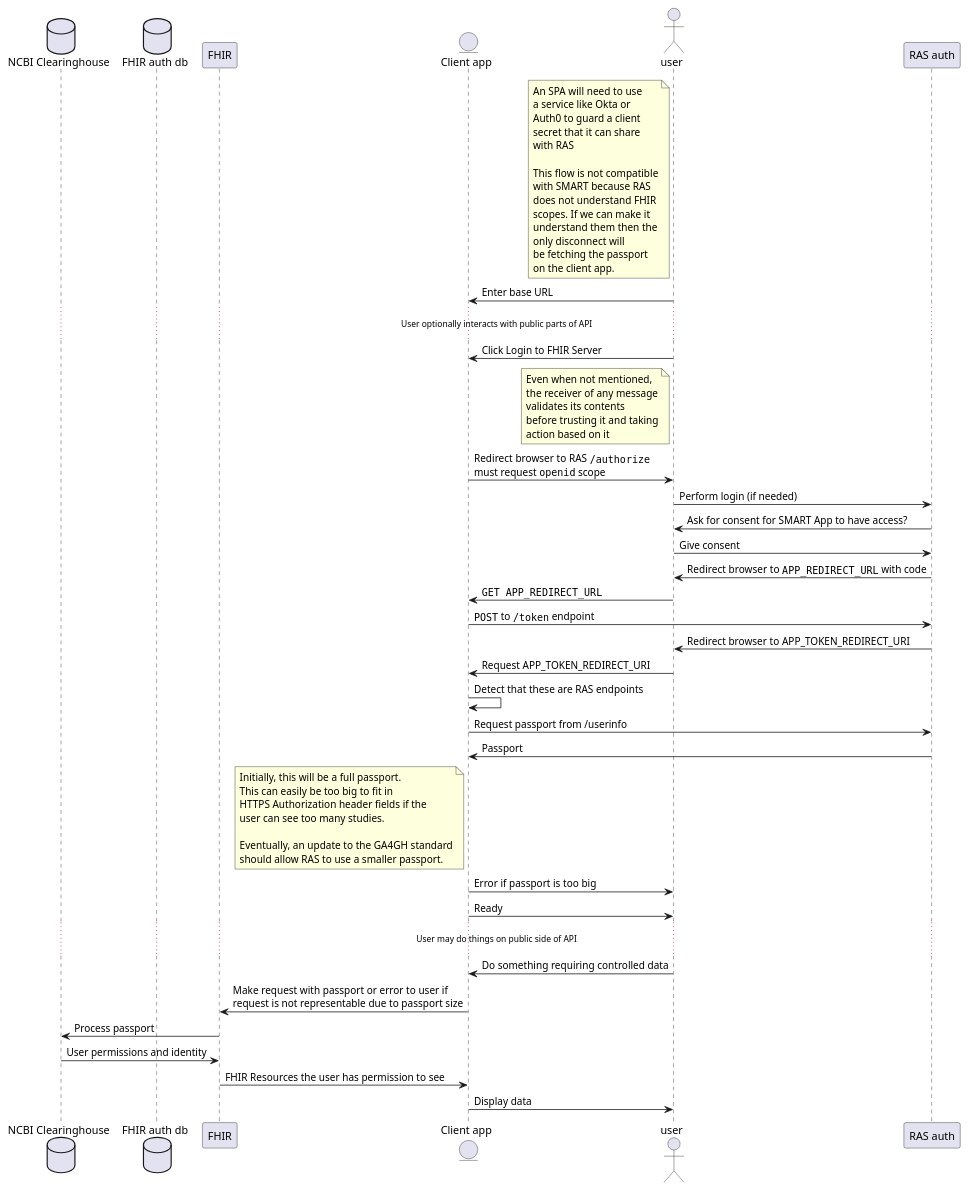
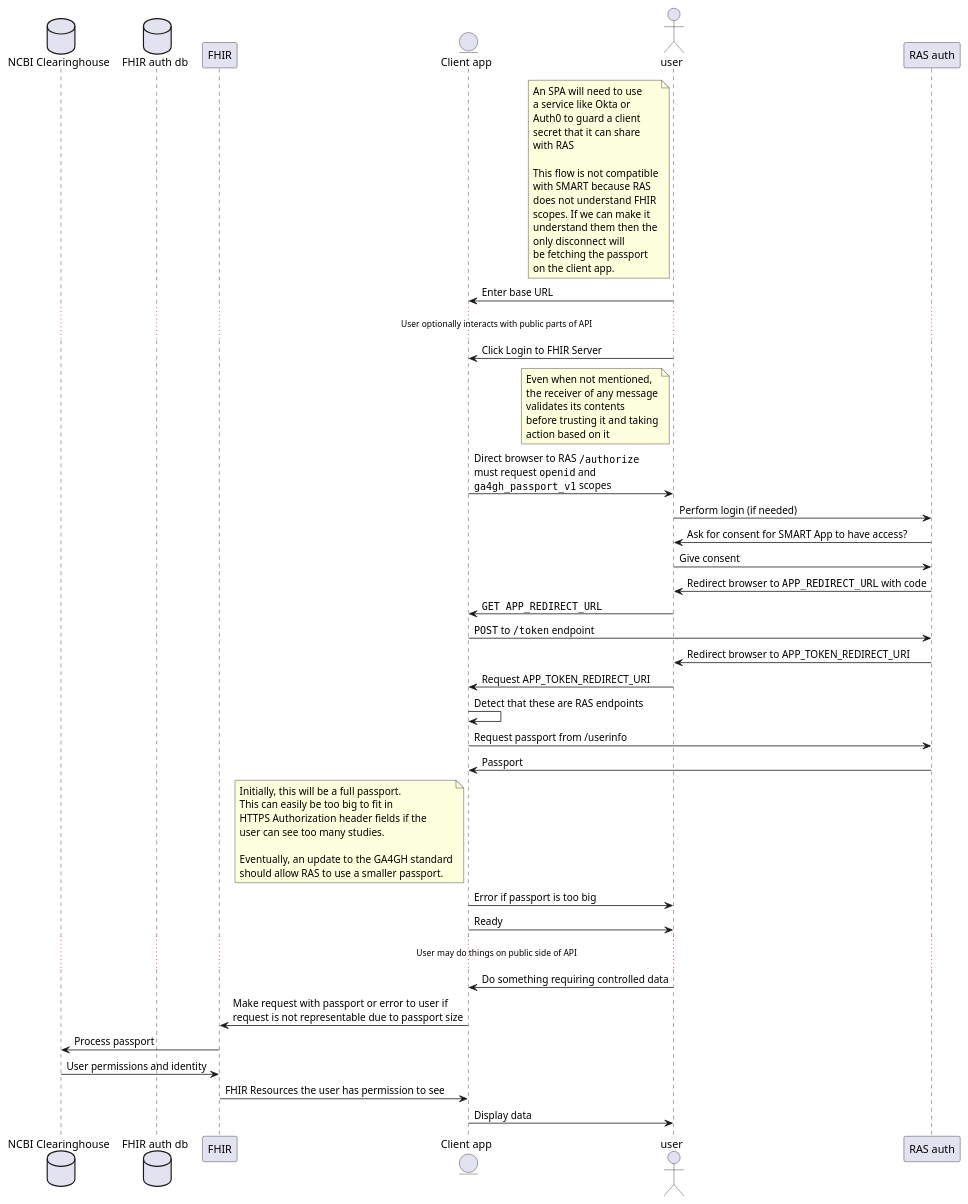
Before and after one commit to RadixSeven/RAS-FHIR-Flow: the diagram in uml/authentication_flow.plantuml, drawn with PlantUML.

Commit message:
Mention requirement for ga4gh_passport_v1 scope

```diff
--- a/uml/authentication_flow.plantuml
+++ b/uml/authentication_flow.plantuml
@@ -1,69 +1,69 @@
 @startuml "authentication_flow"
 database "NCBI Clearinghouse" as Clearinghouse
 database "FHIR auth db" as FhirDb
 participant "FHIR" as Fhir
 entity "Client app" as App
 actor user as User
 participant "RAS auth" as Ras
 
 note left of User
 An SPA will need to use
 a service like Okta or
 Auth0 to guard a client
 secret that it can share
 with RAS
 
 This flow is not compatible
 with SMART because RAS
 does not understand FHIR
 scopes. If we can make it
 understand them then the
 only disconnect will
 be fetching the passport
 on the client app.
 end note
 
 User -> App : Enter base URL
 ... User optionally interacts with public parts of API ...
 User -> App : Click Login to FHIR Server
 
 note left of User
 Even when not mentioned,
 the receiver of any message
 validates its contents
 before trusting it and taking
 action based on it
 end note
 
-App -> User : Redirect browser to RAS ""/authorize""\nmust request ""openid"" scope
+App -> User : Direct browser to RAS ""/authorize""\nmust request ""openid"" and\n""ga4gh_passport_v1"" scopes
 User -> Ras : Perform login (if needed)
 Ras -> User: Ask for consent for SMART App to have access?
 User -> Ras : Give consent
 Ras -> User : Redirect browser to ""APP_REDIRECT_URL"" with code
 User -> App : ""GET APP_REDIRECT_URL""
 App -> Ras : ""POST"" to ""/token"" endpoint
 Ras -> User : Redirect browser to APP_TOKEN_REDIRECT_URI
 User -> App: Request APP_TOKEN_REDIRECT_URI
 App -> App : Detect that these are RAS endpoints
 App -> Ras : Request passport from /userinfo
 Ras -> App : Passport
 note left of App
 Initially, this will be a full passport.
 This can easily be too big to fit in
 HTTPS Authorization header fields if the
 user can see too many studies.
 
 Eventually, an update to the GA4GH standard
 should allow RAS to use a smaller passport.
 end note
 App -> User: Error if passport is too big
 App -> User: Ready
 ... User may do things on public side of API ...
 User -> App: Do something requiring controlled data
 App -> Fhir: Make request with passport or error to user if\nrequest is not representable due to passport size
 Fhir -> Clearinghouse: Process passport
 Clearinghouse -> Fhir: User permissions and identity
 Fhir -> App: FHIR Resources the user has permission to see
 App -> User: Display data
 
 @enduml
```
